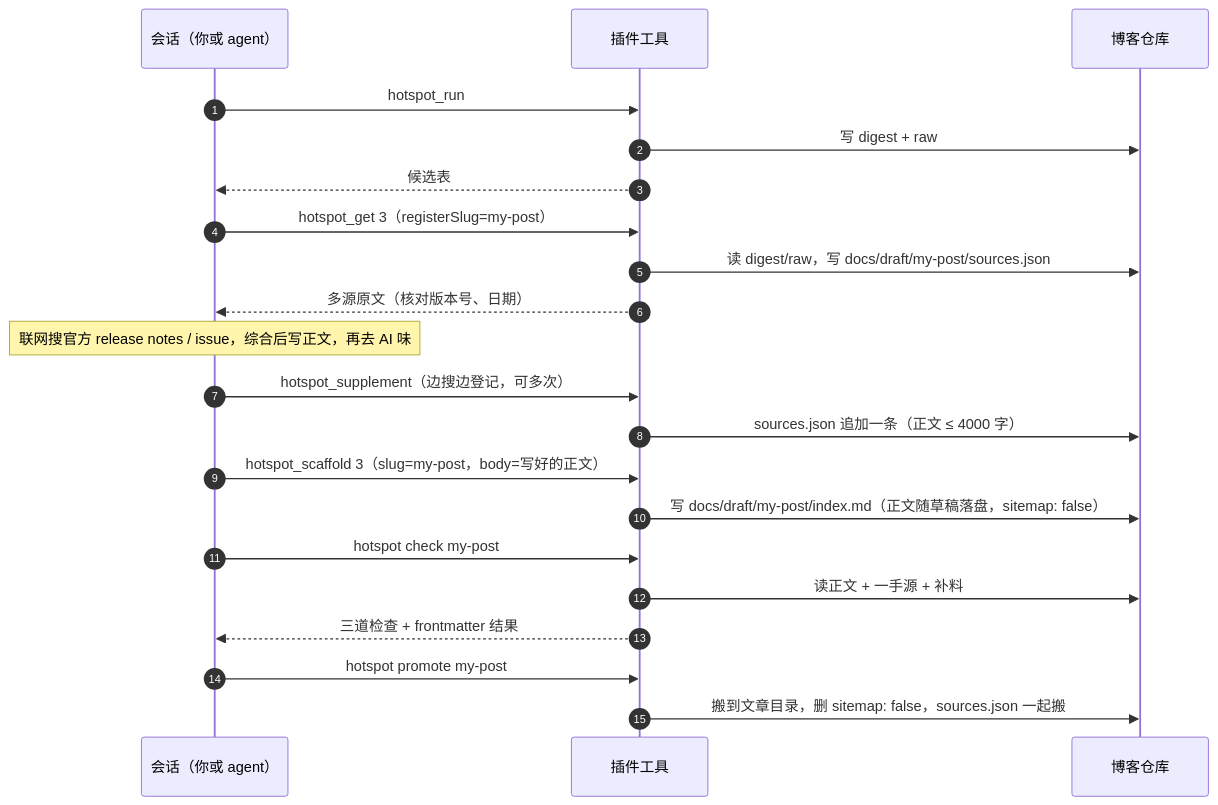
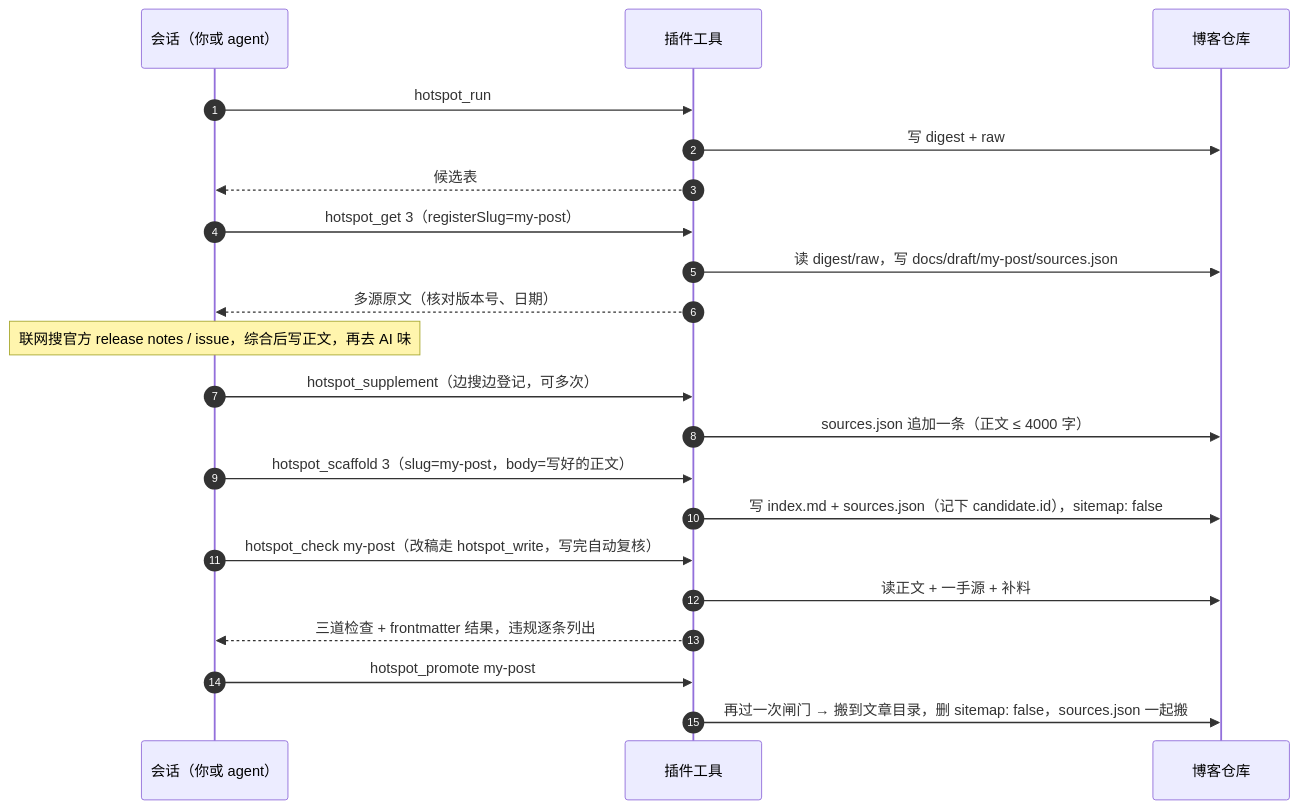
One commit to swiftdo/dsh-hotspot changed the second of 4 diagrams in README.md. Above: the diagram before and after it, drawn with Mermaid. The commit also changed other lines of this file, not shown here.

First line of the commit message:
docs: 同步七个工具、promote 硬闸与 sources.json 候选记录

````diff
--- a/README.md
+++ b/README.md
@@ -87,30 +87,30 @@
 ```mermaid
 sequenceDiagram
   autonumber
   participant U as 会话（你或 agent）
   participant T as 插件工具
   participant B as 博客仓库
 
   U->>T: hotspot_run
   T->>B: 写 digest + raw
   T-->>U: 候选表
 
   U->>T: hotspot_get 3（registerSlug=my-post）
   T->>B: 读 digest/raw，写 docs/draft/my-post/sources.json
   T-->>U: 多源原文（核对版本号、日期）
 
   Note over U: 联网搜官方 release notes / issue，综合后写正文，再去 AI 味
 
   U->>T: hotspot_supplement（边搜边登记，可多次）
   T->>B: sources.json 追加一条（正文 ≤ 4000 字）
 
   U->>T: hotspot_scaffold 3（slug=my-post，body=写好的正文）
-  T->>B: 写 docs/draft/my-post/index.md（正文随草稿落盘，sitemap: false）
+  T->>B: 写 index.md + sources.json（记下 candidate.id），sitemap: false
 
-  U->>T: hotspot check my-post
+  U->>T: hotspot_check my-post（改稿走 hotspot_write，写完自动复核）
   T->>B: 读正文 + 一手源 + 补料
-  T-->>U: 三道检查 + frontmatter 结果
+  T-->>U: 三道检查 + frontmatter 结果，违规逐条列出
 
-  U->>T: hotspot promote my-post
-  T->>B: 搬到文章目录，删 sitemap: false，sources.json 一起搬
+  U->>T: hotspot_promote my-post
+  T->>B: 再过一次闸门 → 搬到文章目录，删 sitemap: false，sources.json 一起搬
 ```
````
